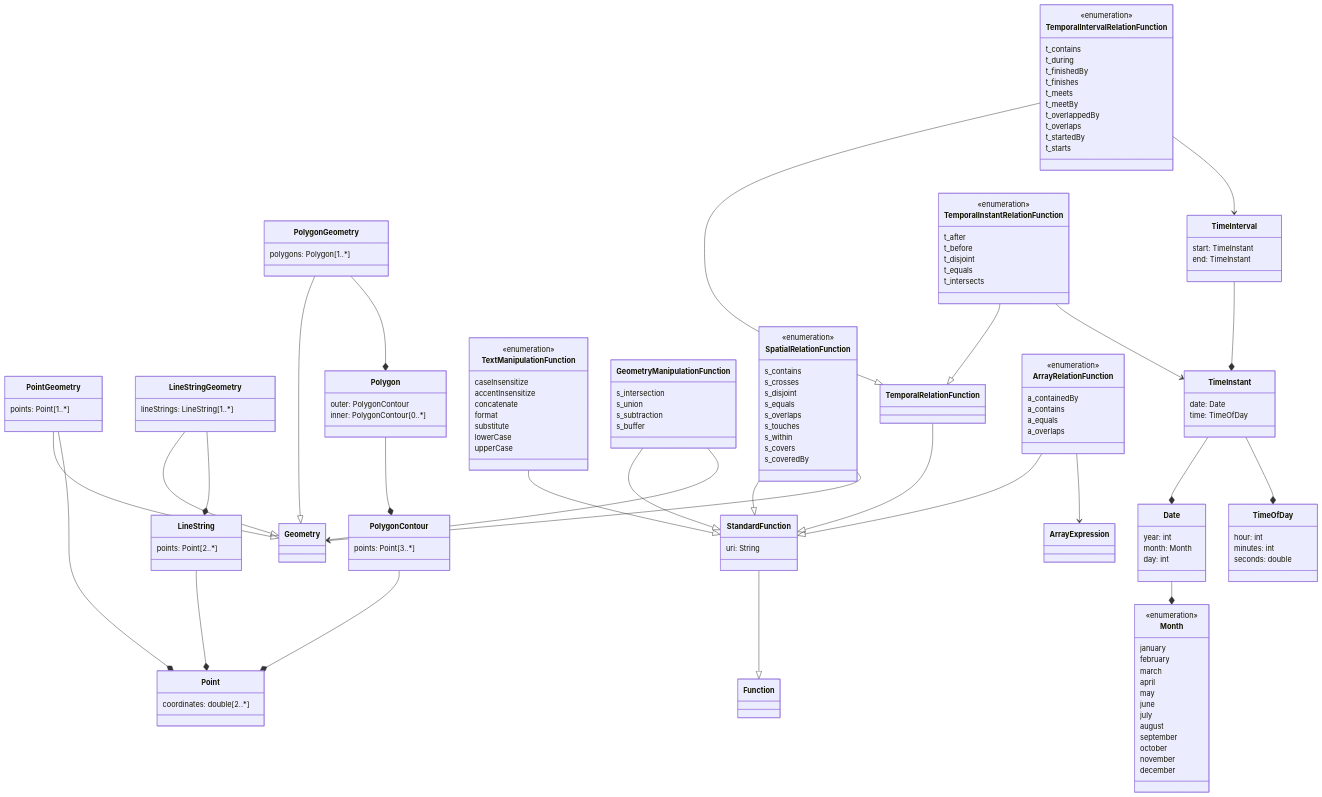
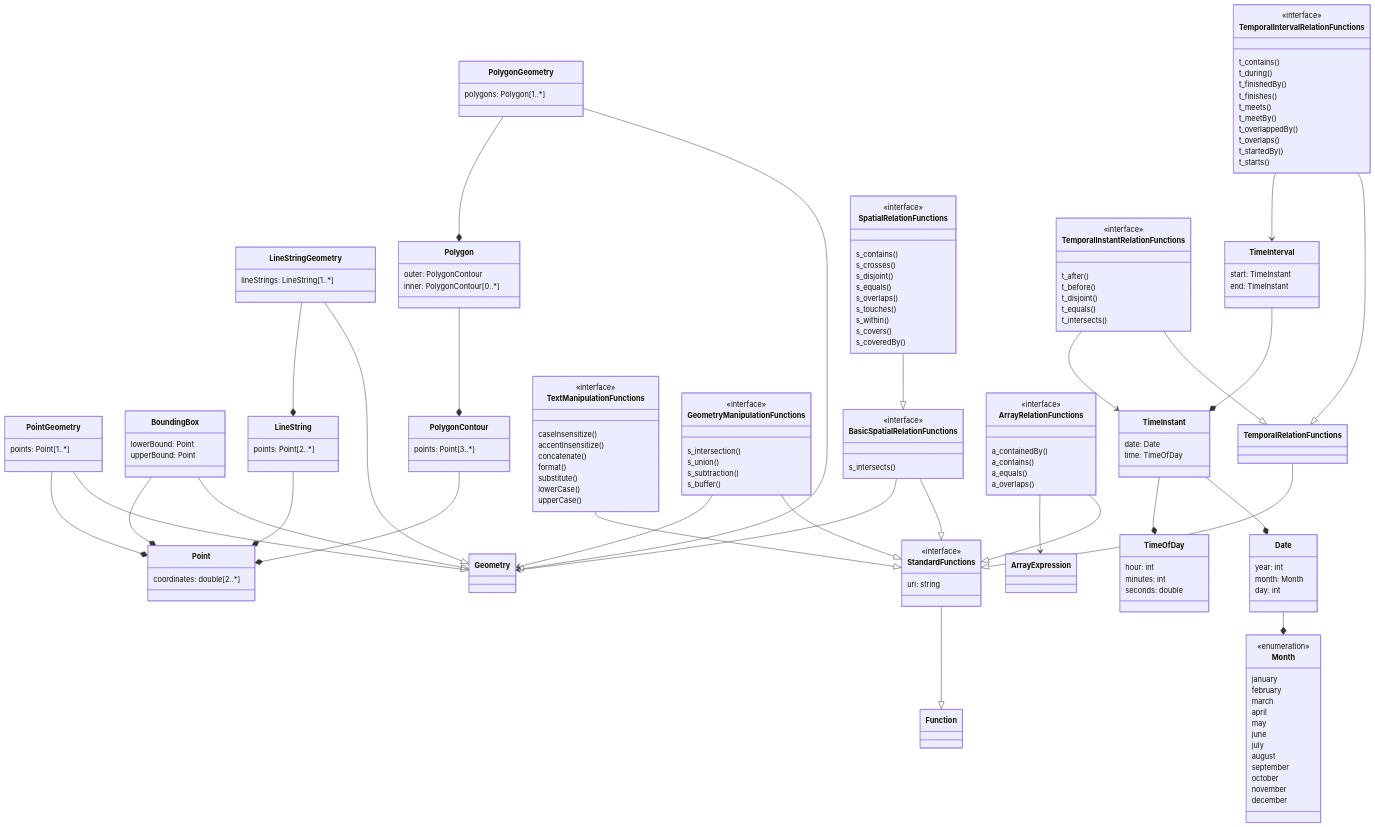
The diagram in core/UML/mermaid/standardFunctions.md (opengeospatial/styles-and-symbology), drawn with Mermaid before and after one commit. The commit also changed 2 other files, not shown here.

Commit message:
Vector Symbolizer; Standard functions as interfaces

````diff
--- a/core/UML/mermaid/standardFunctions.md
+++ b/core/UML/mermaid/standardFunctions.md
@@ -12,6 +12,13 @@
 }
 PointGeometry --|> Geometry
 PointGeometry --* Point
+
+class BoundingBox {
+   lowerBound: Point
+   upperBound: Point
+}
+BoundingBox --|> Geometry
+BoundingBox --* Point
 
 class LineString {
    points: Point[2..*]
@@ -83,89 +90,97 @@
 }
 TimeInterval --* TimeInstant
 
-class StandardFunction {
-   uri: String
+class StandardFunctions {
+   <<interface>>
+   uri: string
 }
-StandardFunction --|> Function
+StandardFunctions --|> Function
 
-class TextManipulationFunction {
-   <<enumeration>>
-   caseInsensitize
-   accentInsensitize
-   concatenate
-   format
-   substitute
-   lowerCase
-   upperCase
+class TextManipulationFunctions {
+   <<interface>>
+   caseInsensitize()
+   accentInsensitize()
+   concatenate()
+   format()
+   substitute()
+   lowerCase()
+   upperCase()
 }
-TextManipulationFunction --|> StandardFunction
+TextManipulationFunctions --|> StandardFunctions
 
-class GeometryManipulationFunction {
-   s_intersection
-   s_union
-   s_subtraction
-   s_buffer
+class GeometryManipulationFunctions {
+   <<interface>>
+   s_intersection()
+   s_union()
+   s_subtraction()
+   s_buffer()
 }
-GeometryManipulationFunction --|> StandardFunction
-GeometryManipulationFunction --> Geometry
+GeometryManipulationFunctions --|> StandardFunctions
+GeometryManipulationFunctions --> Geometry
 
-class SpatialRelationFunction {
-   <<enumeration>>
-   s_contains
-   s_crosses
-   s_disjoint
-   s_equals
-   s_overlaps
-   s_touches
-   s_within
-   s_covers
-   s_coveredBy
+class BasicSpatialRelationFunctions {
+   <<interface>>
+   s_intersects()
 }
-SpatialRelationFunction --|> StandardFunction
-SpatialRelationFunction --> Geometry
+BasicSpatialRelationFunctions --|> StandardFunctions
+BasicSpatialRelationFunctions --> Geometry
 
-class TemporalRelationFunction
-TemporalRelationFunction --|> StandardFunction
+class SpatialRelationFunctions {
+   <<interface>>
+   s_contains()
+   s_crosses()
+   s_disjoint()
+   s_equals()
+   s_overlaps()
+   s_touches()
+   s_within()
+   s_covers()
+   s_coveredBy()
+}
+SpatialRelationFunctions --|> BasicSpatialRelationFunctions
+
+class TemporalRelationFunctions
+TemporalRelationFunctions --|> StandardFunctions
 
 %% Accepting either instant or intervals
-class TemporalInstantRelationFunction {
-   <<enumeration>>
+class TemporalInstantRelationFunctions {
+   <<interface>>
 
-   t_after
-   t_before
-   t_disjoint
-   t_equals
-   t_intersects
+   t_after()
+   t_before()
+   t_disjoint()
+   t_equals()
+   t_intersects()
 }
-TemporalInstantRelationFunction --|> TemporalRelationFunction
-TemporalInstantRelationFunction --> TimeInstant
+TemporalInstantRelationFunctions --|> TemporalRelationFunctions
+TemporalInstantRelationFunctions --> TimeInstant
 
 %% Accepting only intervals
-class TemporalIntervalRelationFunction {
-   <<enumeration>>
+class TemporalIntervalRelationFunctions {
+   <<interface>>
 
-   t_contains
-   t_during
-   t_finishedBy
-   t_finishes
-   t_meets
-   t_meetBy
-   t_overlappedBy
-   t_overlaps
-   t_startedBy
-   t_starts
+   t_contains()
+   t_during()
+   t_finishedBy()
+   t_finishes()
+   t_meets()
+   t_meetBy()
+   t_overlappedBy()
+   t_overlaps()
+   t_startedBy()
+   t_starts()
 }
-TemporalIntervalRelationFunction --|> TemporalRelationFunction
-TemporalIntervalRelationFunction --> TimeInterval
+TemporalIntervalRelationFunctions --|> TemporalRelationFunctions
+TemporalIntervalRelationFunctions --> TimeInterval
 
-class ArrayRelationFunction {
-   <<enumeration>>
+class ArrayRelationFunctions {
+   <<interface>>
 
-   a_containedBy
-   a_contains
-   a_equals
-   a_overlaps
+   a_containedBy()
+   a_contains()
+   a_equals()
+   a_overlaps()
 }
-ArrayRelationFunction --|> StandardFunction
-ArrayRelationFunction --> ArrayExpression
+ArrayRelationFunctions --|> StandardFunctions
+ArrayRelationFunctions --> ArrayExpression
 ```
````
